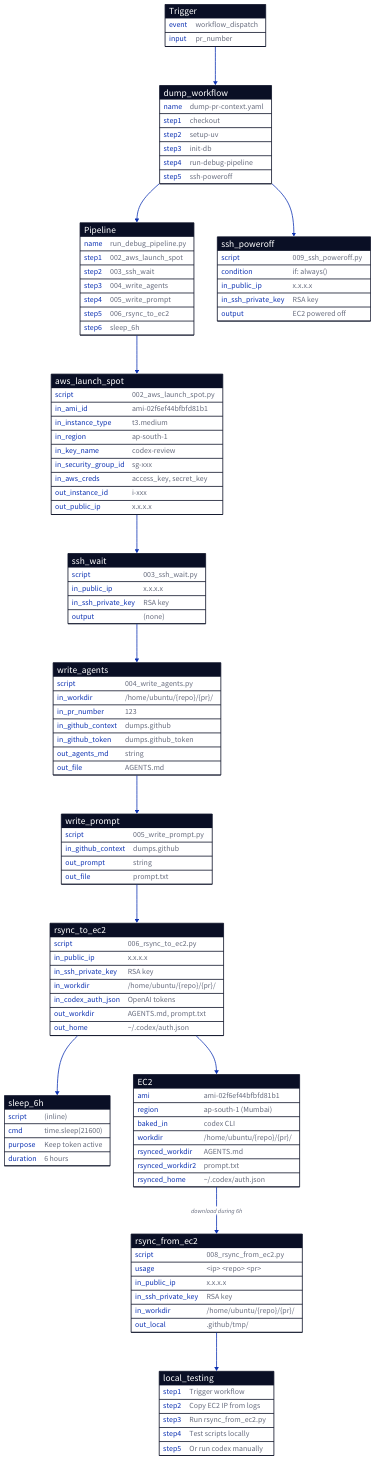
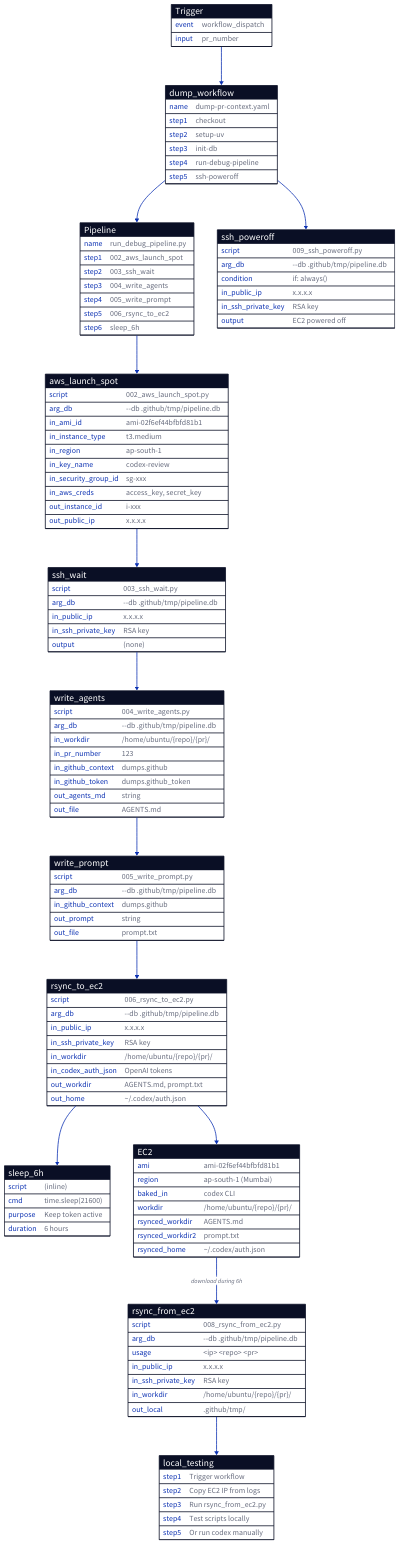
One commit to fossh/codex-code-review-poc1 changed the diagram in flow_diagrams/debug_flow.d2. Above: the diagram before and after it, drawn with D2. The commit also changed 14 other files, not shown here.

Commit message:
add setup flow

```diff
--- a/flow_diagrams/debug_flow.d2
+++ b/flow_diagrams/debug_flow.d2
@@ -1,147 +1,154 @@
 direction: down
 
 # Debug/Local Testing Flow
 
 # Trigger
 Trigger: {
   shape: sql_table
   event: "workflow_dispatch"
   input: "pr_number"
 }
 
 # Dump Workflow
 dump_workflow: {
   shape: sql_table
   name: "dump-pr-context.yaml"
   step1: "checkout"
   step2: "setup-uv"
   step3: "init-db"
   step4: "run-debug-pipeline"
   step5: "ssh-poweroff"
 }
 
 Trigger -> dump_workflow
 
 # Debug Pipeline
 Pipeline: {
   shape: sql_table
   name: "run_debug_pipeline.py"
   step1: "002_aws_launch_spot"
   step2: "003_ssh_wait"
   step3: "004_write_agents"
   step4: "005_write_prompt"
   step5: "006_rsync_to_ec2"
   step6: "sleep_6h"
 }
 
 aws_launch_spot: {
   shape: sql_table
   script: "002_aws_launch_spot.py"
+  arg_db: "--db .github/tmp/pipeline.db"
   in_ami_id: "ami-02f6ef44bfbfd81b1"
   in_instance_type: "t3.medium"
   in_region: "ap-south-1"
   in_key_name: "codex-review"
   in_security_group_id: "sg-xxx"
   in_aws_creds: "access_key, secret_key"
   out_instance_id: "i-xxx"
   out_public_ip: "x.x.x.x"
 }
 
 ssh_wait: {
   shape: sql_table
   script: "003_ssh_wait.py"
+  arg_db: "--db .github/tmp/pipeline.db"
   in_public_ip: "x.x.x.x"
   in_ssh_private_key: "RSA key"
   output: "(none)"
 }
 
 write_agents: {
   shape: sql_table
   script: "004_write_agents.py"
+  arg_db: "--db .github/tmp/pipeline.db"
   in_workdir: "/home/ubuntu/{repo}/{pr}/"
   in_pr_number: "123"
   in_github_context: "dumps.github"
   in_github_token: "dumps.github_token"
   out_agents_md: "string"
   out_file: "AGENTS.md"
 }
 
 write_prompt: {
   shape: sql_table
   script: "005_write_prompt.py"
+  arg_db: "--db .github/tmp/pipeline.db"
   in_github_context: "dumps.github"
   out_prompt: "string"
   out_file: "prompt.txt"
 }
 
 rsync_to_ec2: {
   shape: sql_table
   script: "006_rsync_to_ec2.py"
+  arg_db: "--db .github/tmp/pipeline.db"
   in_public_ip: "x.x.x.x"
   in_ssh_private_key: "RSA key"
   in_workdir: "/home/ubuntu/{repo}/{pr}/"
   in_codex_auth_json: "OpenAI tokens"
   out_workdir: "AGENTS.md, prompt.txt"
   out_home: "~/.codex/auth.json"
 }
 
 sleep_6h: {
   shape: sql_table
   script: "(inline)"
   cmd: "time.sleep(21600)"
   purpose: "Keep token active"
   duration: "6 hours"
 }
 
 ssh_poweroff: {
   shape: sql_table
   script: "009_ssh_poweroff.py"
+  arg_db: "--db .github/tmp/pipeline.db"
   condition: "if: always()"
   in_public_ip: "x.x.x.x"
   in_ssh_private_key: "RSA key"
   output: "EC2 powered off"
 }
 
 dump_workflow -> Pipeline
 Pipeline -> aws_launch_spot -> ssh_wait -> write_agents -> write_prompt
 write_prompt -> rsync_to_ec2 -> sleep_6h
 dump_workflow -> ssh_poweroff
 
 # EC2 Instance
 EC2: {
   shape: sql_table
   ami: "ami-02f6ef44bfbfd81b1"
   region: "ap-south-1 (Mumbai)"
   baked_in: "codex CLI"
   workdir: "/home/ubuntu/{repo}/{pr}/"
   rsynced_workdir: "AGENTS.md"
   rsynced_workdir2: "prompt.txt"
   rsynced_home: "~/.codex/auth.json"
 }
 
 rsync_to_ec2 -> EC2
 
 # Local Download
 rsync_from_ec2: {
   shape: sql_table
   script: "008_rsync_from_ec2.py"
+  arg_db: "--db .github/tmp/pipeline.db"
   usage: "<ip> <repo> <pr>"
   in_public_ip: "x.x.x.x"
   in_ssh_private_key: "RSA key"
   in_workdir: "/home/ubuntu/{repo}/{pr}/"
   out_local: ".github/tmp/"
 }
 
 EC2 -> rsync_from_ec2: "download during 6h"
 
 # Local Testing Instructions
 local_testing: {
   shape: sql_table
   step1: "Trigger workflow"
   step2: "Copy EC2 IP from logs"
   step3: "Run rsync_from_ec2.py"
   step4: "Test scripts locally"
   step5: "Or run codex manually"
 }
 
 rsync_from_ec2 -> local_testing
```
